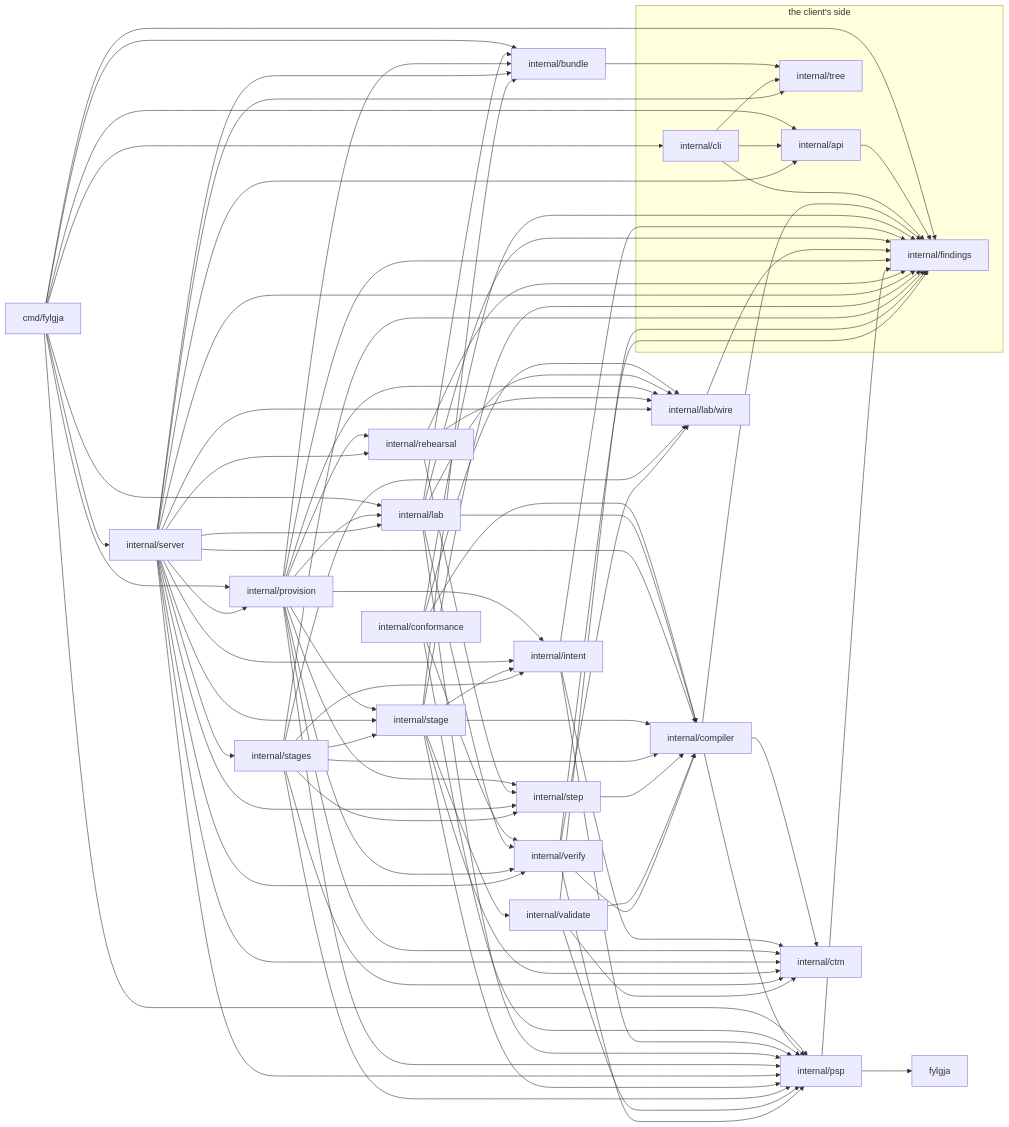
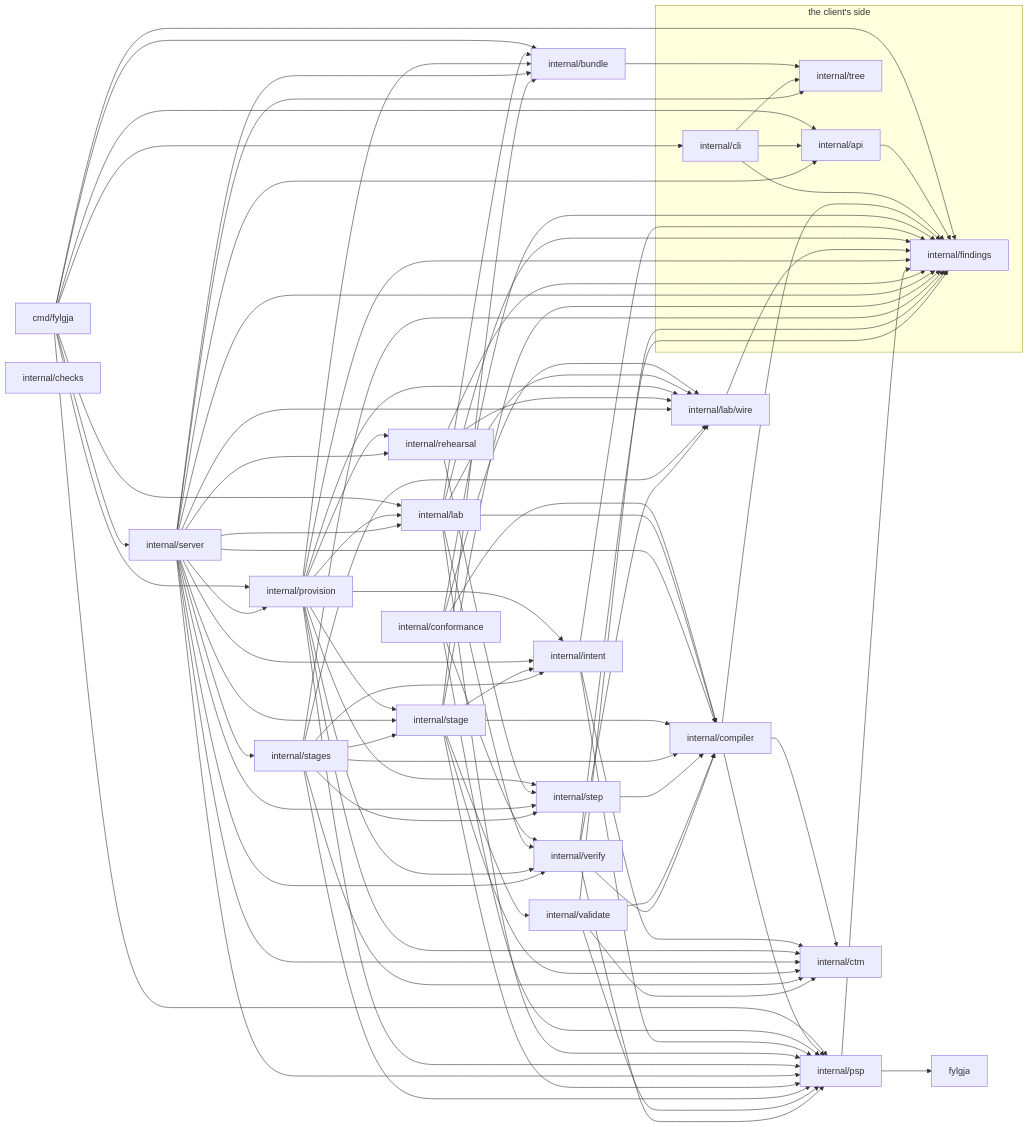
One commit to happypathnetworking/fylgja changed the diagram in docs/development.md. Above: the diagram before and after it, drawn with Mermaid. The commit also changed other lines of this file and 11 other files, not shown here.

```diff
--- a/docs/development.md
+++ b/docs/development.md
@@ -345,6 +346,7 @@
     cmd_fylgja["cmd/fylgja"]
     fylgja["fylgja"]
     internal_bundle["internal/bundle"]
+    internal_checks["internal/checks"]
     internal_compiler["internal/compiler"]
     internal_conformance["internal/conformance"]
     internal_ctm["internal/ctm"]
```
